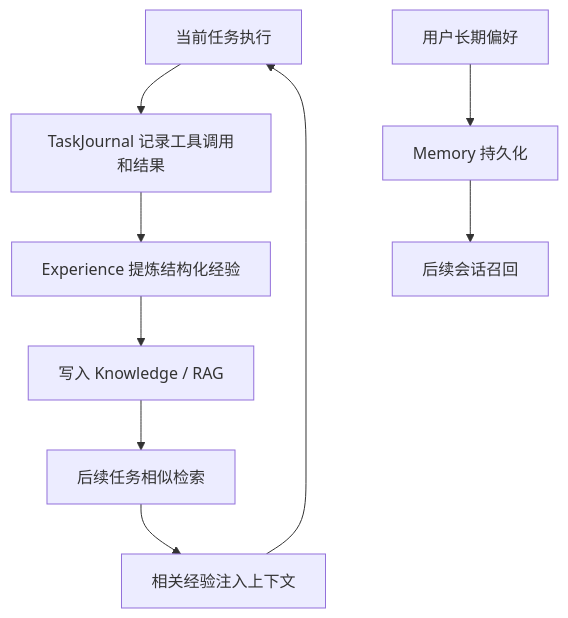
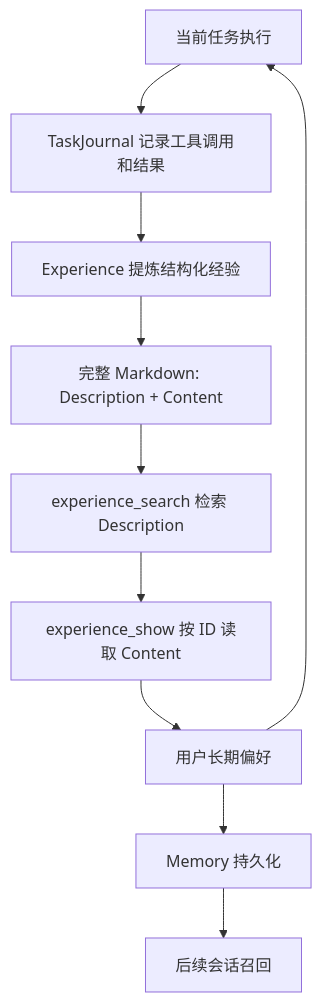
The ninth of 10 diagrams in StudyDocs/00-整体架构串联.md (8utterf1y/final), drawn with Mermaid before and after one commit. The commit also changed other lines of this file and 16 other files, not shown here.

````diff
--- a/StudyDocs/00-整体架构串联.md
+++ b/StudyDocs/00-整体架构串联.md
@@ -202,11 +203,12 @@
 ```mermaid
 flowchart TD
     A["当前任务执行"] --> B["TaskJournal 记录工具调用和结果"]
     B --> C["Experience 提炼结构化经验"]
-    C --> D["写入 Knowledge / RAG"]
-    D --> E["后续任务相似检索"]
-    E --> F["相关经验注入上下文"]
-    F --> A
+    C --> D["完整 Markdown: Description + Content"]
+    D --> E["experience_search 检索 Description"]
+    E --> F["experience_show 按 ID 读取 Content"]
+    F --> G["核对当前代码并验证"]
+    G --> A
     G["用户长期偏好"] --> H["Memory 持久化"]
     H --> I["后续会话召回"]
 ```
````
